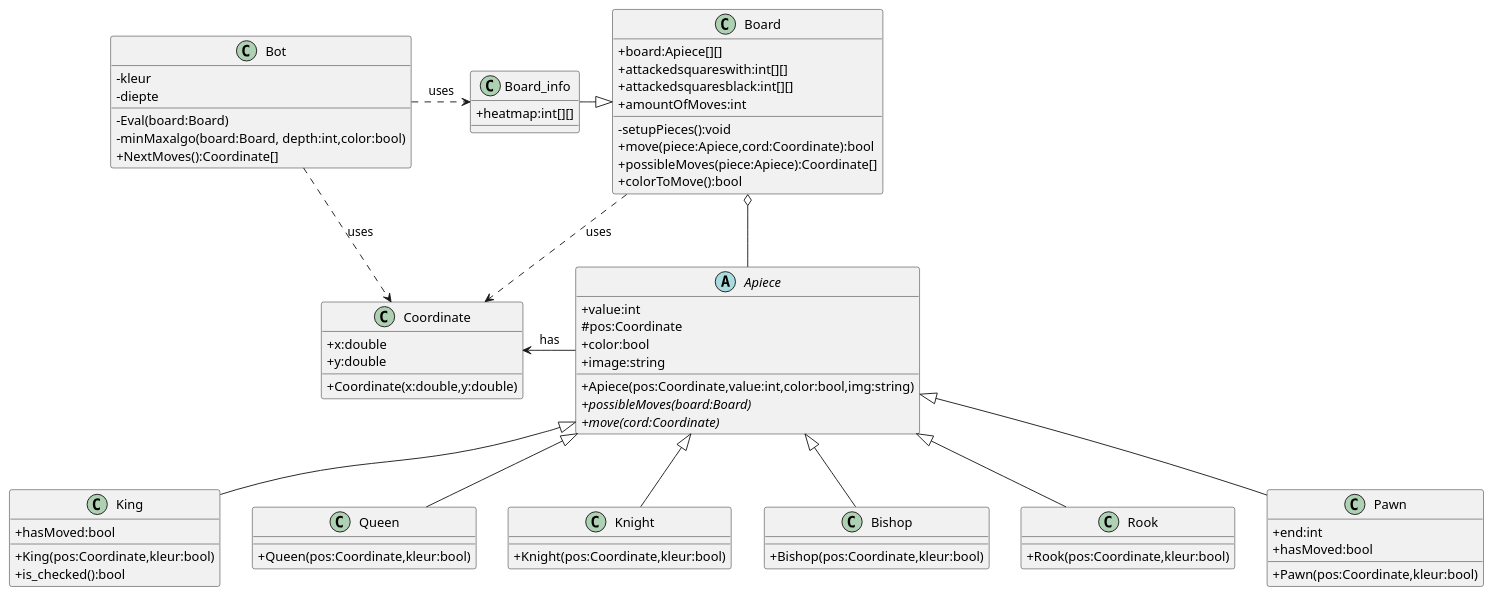
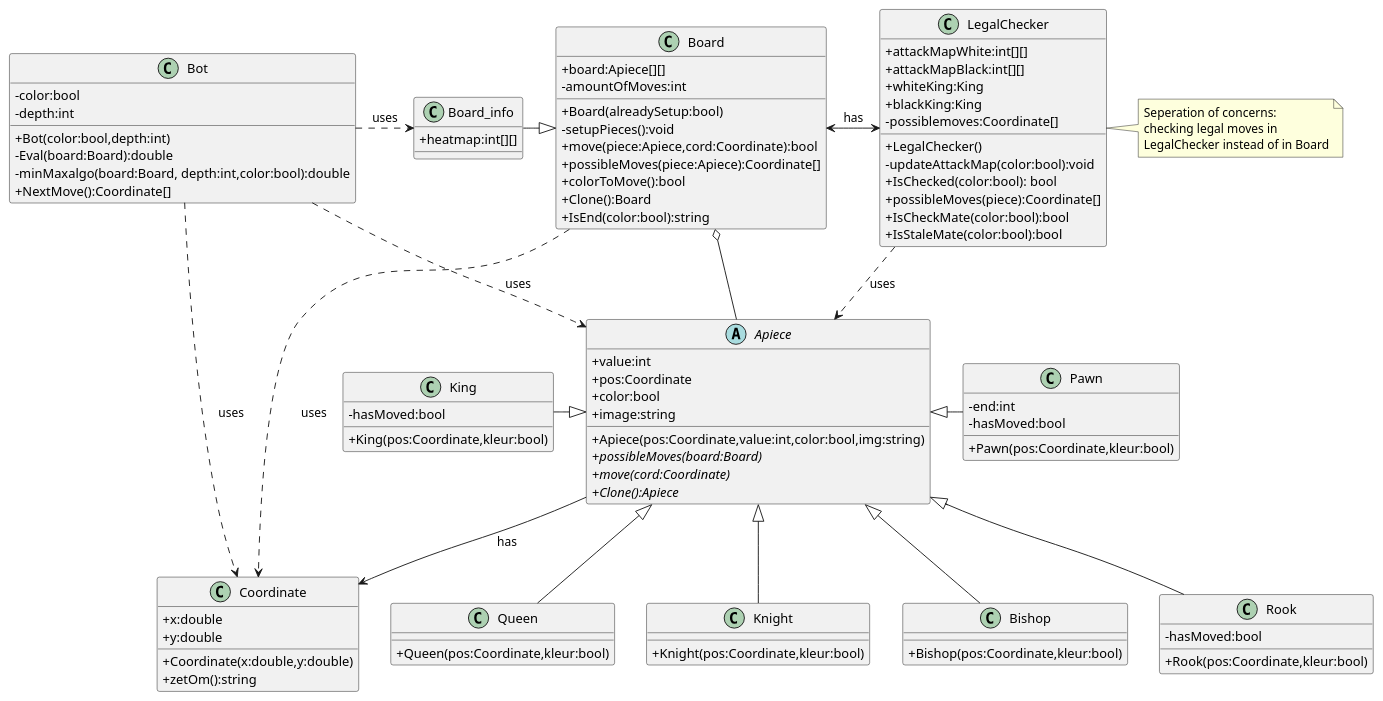
The diagram in puml_chess/Modelgame.puml (wiebe-vandendriessche/schaken), drawn with PlantUML before and after one commit.

Commit message:
Klassendiagram voor indienen analyse

```diff
--- a/puml_chess/Modelgame.puml
+++ b/puml_chess/Modelgame.puml
@@ -1,75 +1,102 @@
 @startuml Model chessgame
 skinparam classAttributeIconSize 0
 class Board {
     +board:Apiece[][]
-    +attackedsquareswith:int[][]
-    +attackedsquaresblack:int[][]
-    +amountOfMoves:int
+    -amountOfMoves:int
+    +Board(alreadySetup:bool)
     -setupPieces():void
     +move(piece:Apiece,cord:Coordinate):bool
     +possibleMoves(piece:Apiece):Coordinate[]
     +colorToMove():bool
+    +Clone():Board
+    +IsEnd(color:bool):string
 }
 abstract class Apiece {
     +value:int
-    #pos:Coordinate
+    +pos:Coordinate
     +color:bool
     +image:string 
     +Apiece(pos:Coordinate,value:int,color:bool,img:string)
     +possibleMoves(board:Board) {abstract}
     +move(cord:Coordinate) {abstract}
+    +Clone():Apiece {abstract}
+
 }
+
 class Board_info{
     +heatmap:int[][]
 }
 
 class King{
     +King(pos:Coordinate,kleur:bool)
-    +hasMoved:bool
-    +is_checked():bool
+    -hasMoved:bool
+    
 
 }
 class Queen{
     +Queen(pos:Coordinate,kleur:bool)
 }
 class Knight{
     +Knight(pos:Coordinate,kleur:bool)
 }
 class Bishop{
     +Bishop(pos:Coordinate,kleur:bool)
 }
 class Rook{
+    -hasMoved:bool
     +Rook(pos:Coordinate,kleur:bool)
 }
 class Pawn{
-    +end:int
-    +hasMoved:bool
+    -end:int
+-hasMoved:bool
     +Pawn(pos:Coordinate,kleur:bool)
 }
+class Bot{
+    -color:bool
+    -depth:int
+    + Bot(color:bool,depth:int)
+    -Eval(board:Board):double
+    -minMaxalgo(board:Board, depth:int,color:bool):double
+    +NextMove():Coordinate[]
+}
+
 class Coordinate{
     +x:double
     +y:double
     +Coordinate(x:double,y:double)
+    +zetOm():string
 }
-class Bot{
-    -kleur
-    -diepte
-    -Eval(board:Board)
-    -minMaxalgo(board:Board, depth:int,color:bool)
-    +NextMoves():Coordinate[]
+
+class LegalChecker{
+    +attackMapWhite:int[][]
+    +attackMapBlack:int[][]
+    +whiteKing:King
+    +blackKing:King
+    -possiblemoves:Coordinate[]
+    +LegalChecker()
+    - updateAttackMap(color:bool):void
+    + IsChecked(color:bool): bool
+    + possibleMoves(piece):Coordinate[]
+    + IsCheckMate(color:bool):bool
+    + IsStaleMate(color:bool):bool
 }
-Apiece <|--King
+note right : Seperation of concerns: \nchecking legal moves in \nLegalChecker instead of in Board
+
+
+Apiece <|-left-King
 Apiece <|--Queen
 Apiece <|--Bishop
 Apiece <|--Knight
 Apiece <|-- Rook
-Apiece <|--Pawn
+Apiece <|-right-Pawn
 Board o-- Apiece
 Board <|-left- Board_info
-Apiece -left->Coordinate:has 
+Apiece -->Coordinate:has 
 Board ..> Coordinate:uses
 Bot .right.>Board_info:uses
 Bot ..> Coordinate:uses
-
+Board<-right->LegalChecker:has
+LegalChecker..>Apiece:uses
+Bot..>Apiece:uses
 
 @enduml
```
